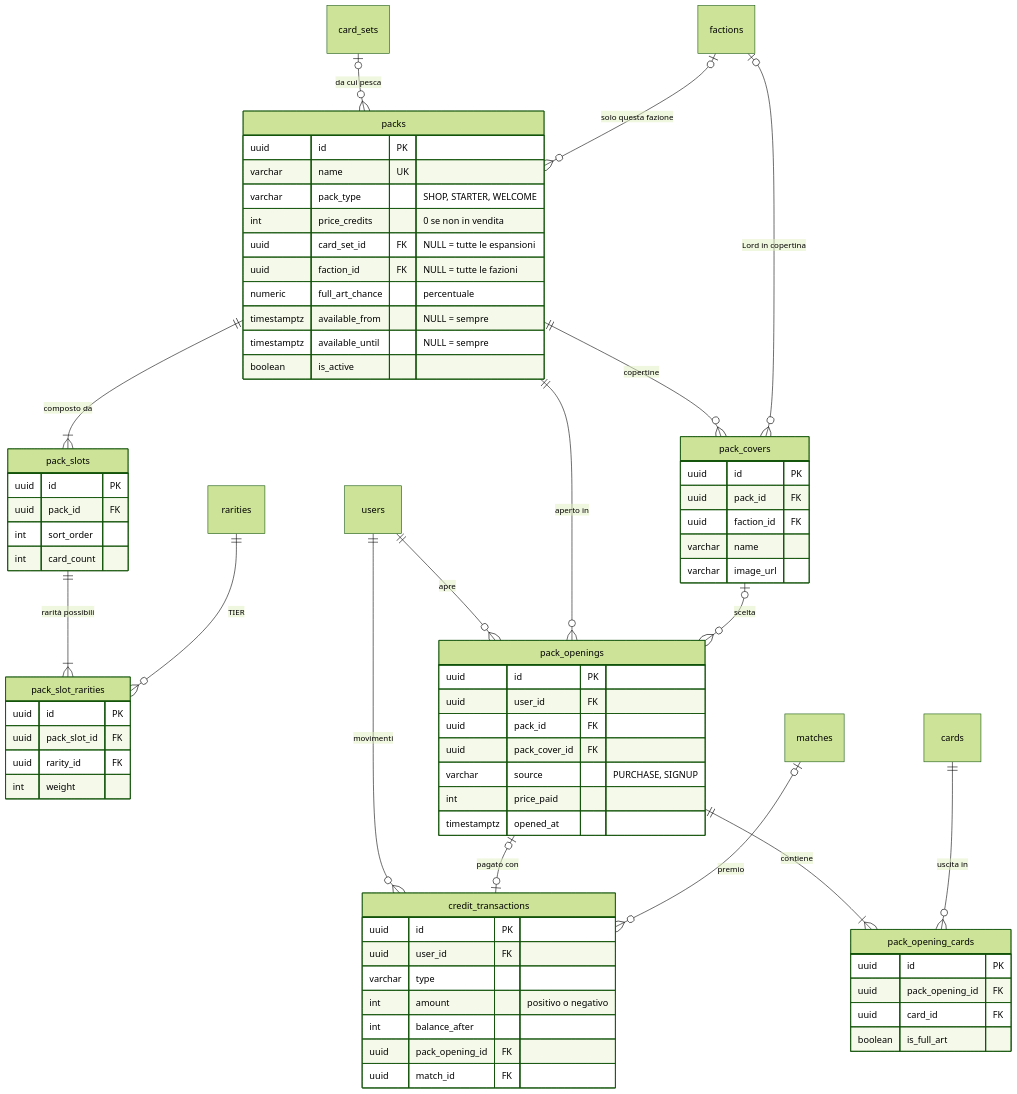
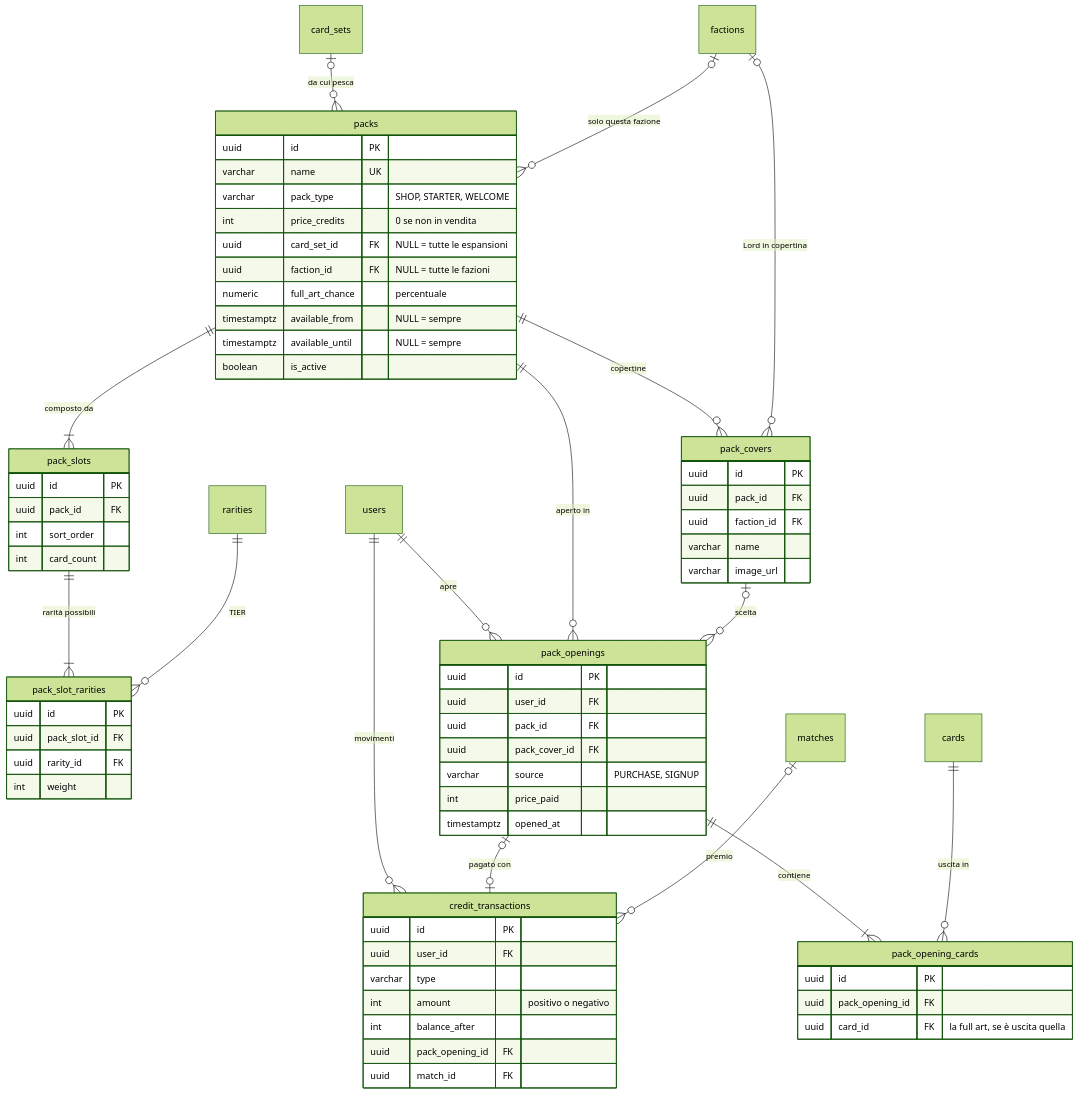
The second of 5 diagrams in docs/database/schema.md (cristianpappalardoITS/gruppo-05-dreamscape), drawn with Mermaid (forest theme) before and after one commit. The commit also changed other lines of this file and 11 other files, not shown here.

Commit message:
docs(database): rende la full art una carta a parte e registra le decisioni 025-027 (#69)

````diff
--- a/docs/database/schema.md
+++ b/docs/database/schema.md
@@ -196,74 +194,73 @@
 ```mermaid
 erDiagram
     packs ||--|{ pack_slots : "composto da"
     pack_slots ||--|{ pack_slot_rarities : "rarità possibili"
     rarities ||--o{ pack_slot_rarities : "TIER"
     packs ||--o{ pack_covers : "copertine"
     factions |o--o{ pack_covers : "Lord in copertina"
     card_sets |o--o{ packs : "da cui pesca"
     factions |o--o{ packs : "solo questa fazione"
     users ||--o{ pack_openings : "apre"
     packs ||--o{ pack_openings : "aperto in"
     pack_covers |o--o{ pack_openings : "scelta"
     pack_openings ||--|{ pack_opening_cards : "contiene"
     cards ||--o{ pack_opening_cards : "uscita in"
     users ||--o{ credit_transactions : "movimenti"
     pack_openings |o--o| credit_transactions : "pagato con"
     matches |o--o{ credit_transactions : "premio"
 
     packs {
         uuid id PK
         varchar name UK
         varchar pack_type "SHOP, STARTER, WELCOME"
         int price_credits "0 se non in vendita"
         uuid card_set_id FK "NULL = tutte le espansioni"
         uuid faction_id FK "NULL = tutte le fazioni"
         numeric full_art_chance "percentuale"
         timestamptz available_from "NULL = sempre"
         timestamptz available_until "NULL = sempre"
         boolean is_active
     }
     pack_covers {
         uuid id PK
         uuid pack_id FK
         uuid faction_id FK
         varchar name
         varchar image_url
     }
     pack_slots {
         uuid id PK
         uuid pack_id FK
         int sort_order
         int card_count
     }
     pack_slot_rarities {
         uuid id PK
         uuid pack_slot_id FK
         uuid rarity_id FK
         int weight
     }
     pack_openings {
         uuid id PK
         uuid user_id FK
         uuid pack_id FK
         uuid pack_cover_id FK
         varchar source "PURCHASE, SIGNUP"
         int price_paid
         timestamptz opened_at
     }
     pack_opening_cards {
         uuid id PK
         uuid pack_opening_id FK
-        uuid card_id FK
-        boolean is_full_art
+        uuid card_id FK "la full art, se è uscita quella"
     }
     credit_transactions {
         uuid id PK
         uuid user_id FK
         varchar type
         int amount "positivo o negativo"
         int balance_after
         uuid pack_opening_id FK
         uuid match_id FK
     }
 ```
````
